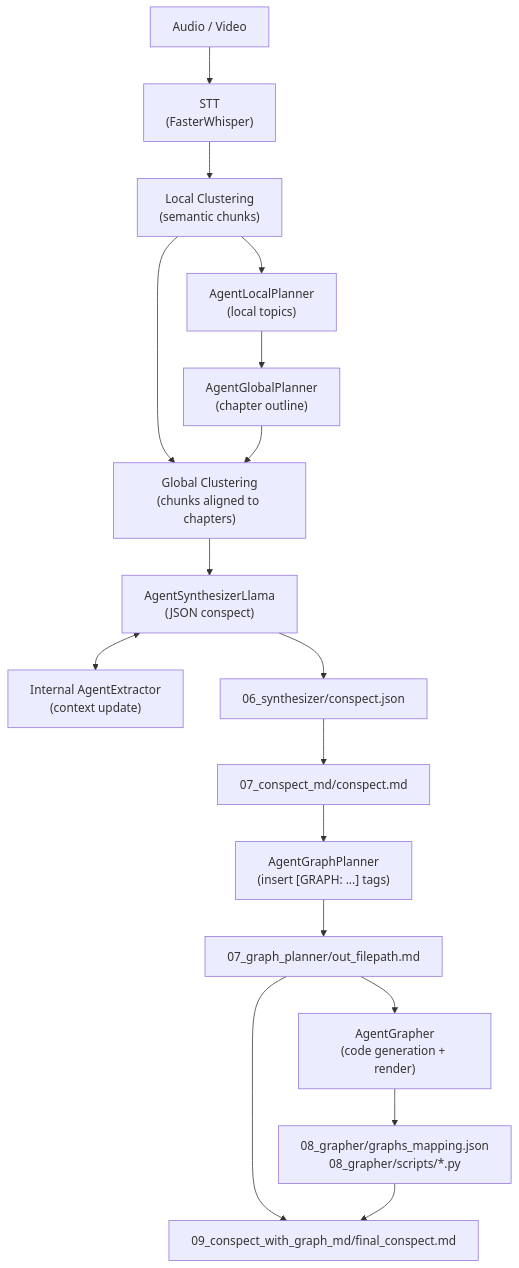
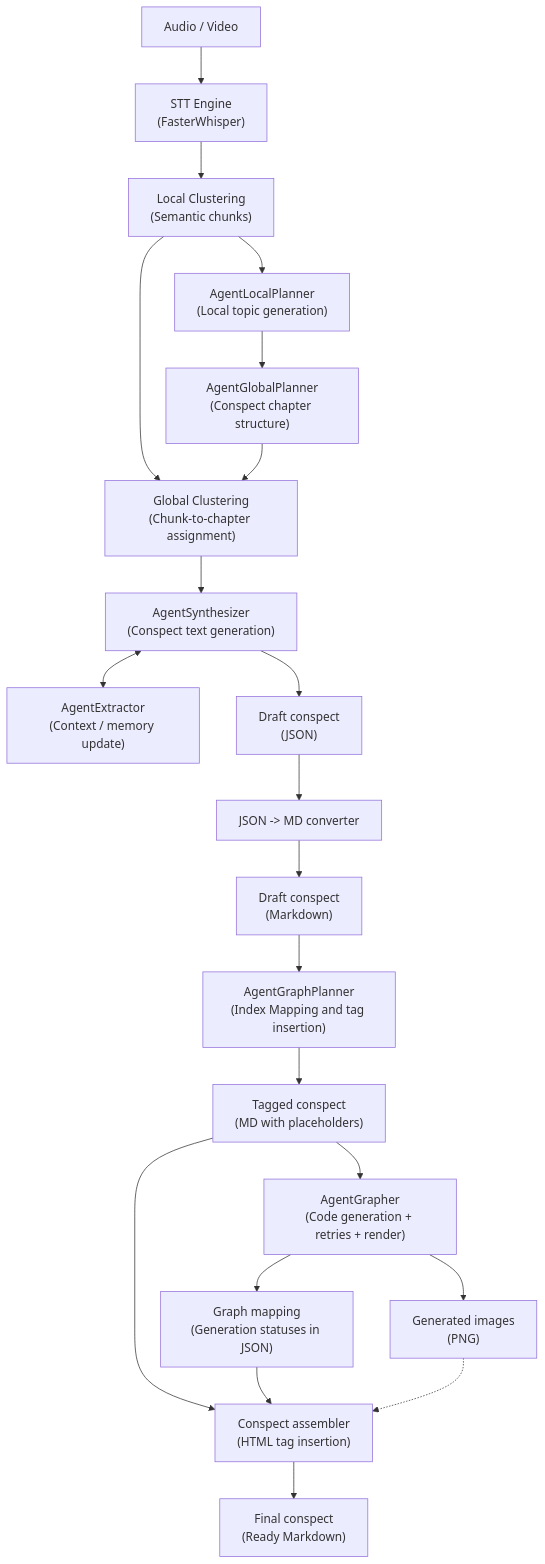
One commit to m4deme1ns4ne/LongConspectWriter changed the diagram in README.md. Above: the diagram before and after it, drawn with Mermaid. The commit also changed other lines of this file and 1 other file, not shown here.

Commit message:
update: README.ru.md и README.md

````diff
--- a/README.md
+++ b/README.md
@@ -21,20 +21,37 @@
 ```mermaid
 flowchart TD
-    Audio["Audio / Video"] --> STT["STT<br/>(FasterWhisper)"]
+    %% Input data
+    Audio["Audio / Video"] --> STT["STT Engine<br/>(FasterWhisper)"]
 
-    STT --> LCluster["Local Clustering<br/>(semantic chunks)"]
-    LCluster --> LPlanner["AgentLocalPlanner<br/>(local topics)"]
-    LPlanner --> GPlanner["AgentGlobalPlanner<br/>(chapter outline)"]
+    %% Clustering and planning
+    STT --> LCluster["Local Clustering<br/>(Semantic chunks)"]
+    LCluster --> LPlanner["AgentLocalPlanner<br/>(Local topic generation)"]
+    LPlanner --> GPlanner["AgentGlobalPlanner<br/>(Conspect chapter structure)"]
 
-    LCluster & GPlanner --> GCluster["Global Clustering<br/>(chunks aligned to chapters)"]
-    GCluster --> Synthesizer["AgentSynthesizerLlama<br/>(JSON conspect)"]
-    Synthesizer <--> Extractor["Internal AgentExtractor<br/>(context update)"]
+    LCluster --> GCluster["Global Clustering<br/>(Chunk-to-chapter assignment)"]
+    GPlanner --> GCluster
 
-    Synthesizer --> JSON["06_synthesizer/conspect.json"]
-    JSON --> MD["07_conspect_md/conspect.md"]
-    MD --> GraphPlanner["AgentGraphPlanner<br/>(insert [GRAPH: ...] tags)"]
-    GraphPlanner --> GraphMD["07_graph_planner/out_filepath.md"]
-    GraphMD --> Grapher["AgentGrapher<br/>(code generation + render)"]
-    Grapher --> GraphMap["08_grapher/graphs_mapping.json<br/>08_grapher/scripts/*.py"]
-    GraphMD & GraphMap --> FinalMD["09_conspect_with_graph_md/final_conspect.md"]
+    %% Text synthesis
+    GCluster --> Synthesizer["AgentSynthesizer<br/>(Conspect text generation)"]
+    Synthesizer <--> Extractor["AgentExtractor<br/>(Context / memory update)"]
+
+    Synthesizer --> DraftJSON["Draft conspect<br/>(JSON)"]
+    DraftJSON --> Converter["JSON -> MD converter"]
+    Converter --> DraftMD["Draft conspect<br/>(Markdown)"]
+
+    %% Multi-agent visualizer
+    DraftMD --> GraphPlanner["AgentGraphPlanner<br/>(Index Mapping and tag insertion)"]
+    GraphPlanner --> TaggedMD["Tagged conspect<br/>(MD with placeholders)"]
+
+    TaggedMD --> Grapher["AgentGrapher<br/>(Code generation + retries + render)"]
+
+    Grapher --> GraphMap["Graph mapping<br/>(Generation statuses in JSON)"]
+    Grapher --> Images["Generated images<br/>(PNG)"]
+
+    %% Final assembly
+    TaggedMD --> Stitcher["Conspect assembler<br/>(HTML tag insertion)"]
+    GraphMap --> Stitcher
+    Images -.-> Stitcher
+
+    Stitcher --> FinalMD["Final conspect<br/>(Ready Markdown)"]
 ```
````
